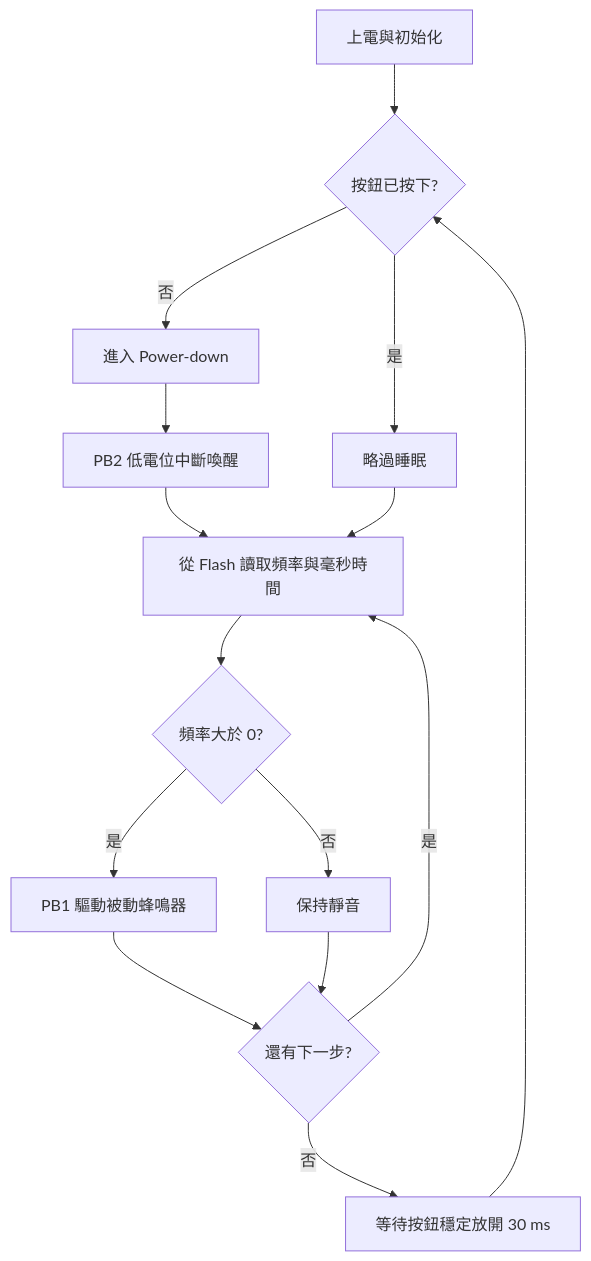
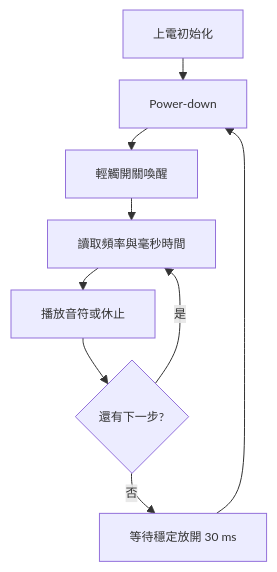
The diagram in README.md (vvitohu/Sound-effect-pendant), drawn with Mermaid before and after one commit. The commit also changed other lines of this file and 3 other files, not shown here.

````diff
--- a/README.md
+++ b/README.md
@@ -220,17 +231,12 @@
 ```mermaid
+%%{init: {"flowchart": {"nodeSpacing": 18, "rankSpacing": 22}, "themeVariables": {"fontSize": "12px"}}}%%
 flowchart TD
-    A[上電與初始化] --> B{按鈕已按下?}
-    B -- 否 --> C[進入 Power-down]
-    C --> D[PB2 低電位中斷喚醒]
-    B -- 是 --> E[略過睡眠]
-    D --> F[從 Flash 讀取頻率與毫秒時間]
-    E --> F
-    F --> G{頻率大於 0?}
-    G -- 是 --> H[PB1 驅動被動蜂鳴器]
-    G -- 否 --> I[保持靜音]
-    H --> J{還有下一步?}
-    I --> J
-    J -- 是 --> F
-    J -- 否 --> K[等待按鈕穩定放開 30 ms]
-    K --> B
+    A[上電初始化] --> B[Power-down]
+    B --> C[輕觸開關喚醒]
+    C --> D[讀取頻率與毫秒時間]
+    D --> E[播放音符或休止]
+    E --> F{還有下一步?}
+    F -- 是 --> D
+    F -- 否 --> G[等待穩定放開 30 ms]
+    G --> B
 ```
````
